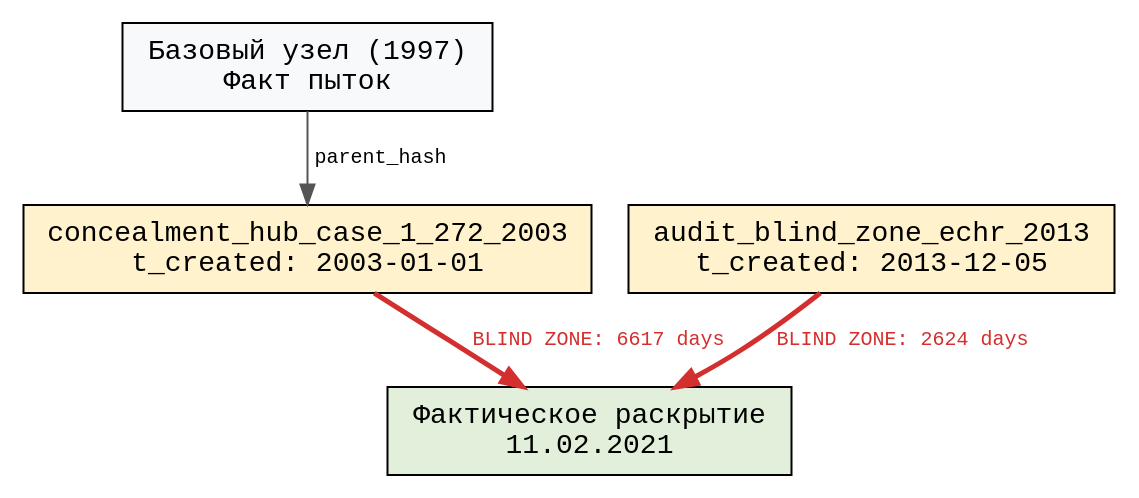
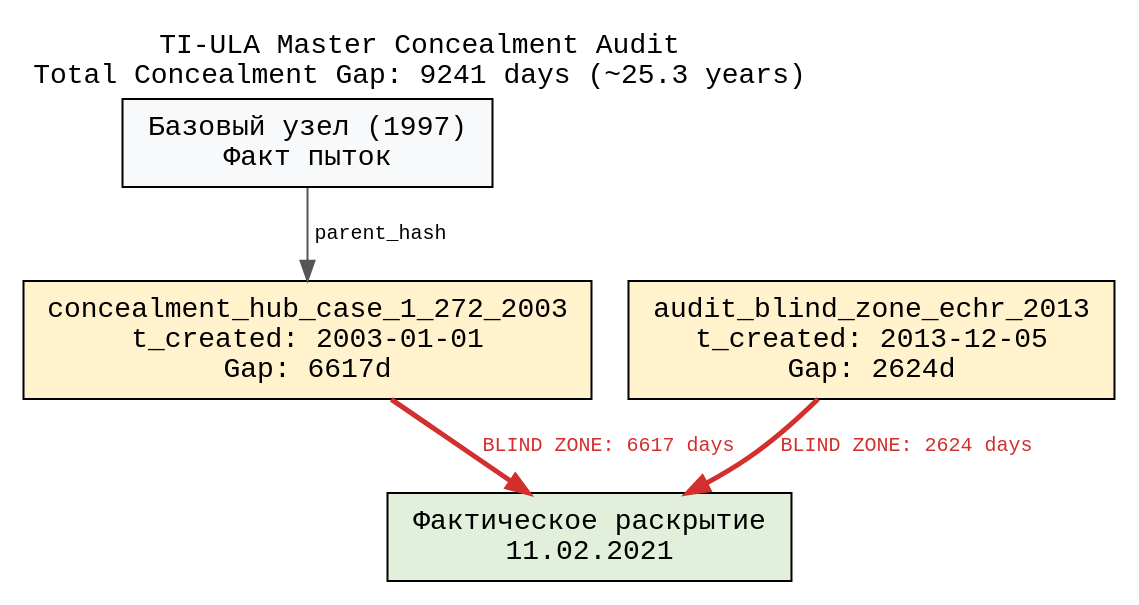
One commit to arhiv1973b/apostille-mirror changed the diagram in 🏛️_EVIDENCE/LEGAL_DOCTRINE/auto_generated_concealment.dot. Above: the diagram before and after it, drawn with Graphviz. The commit also changed 1 other file, not shown here.

Commit message:
JUS COGENS INVARIANT: ENHANCE BUILD_DAG.PY WITH CUMULATIVE CONCEALMENT GAP CALCULATION (9241 DAYS / 25.3 YEARS)

```diff
--- a/🏛️_EVIDENCE/LEGAL_DOCTRINE/auto_generated_concealment.dot
+++ b/🏛️_EVIDENCE/LEGAL_DOCTRINE/auto_generated_concealment.dot
@@ -1,15 +1,18 @@
 digraph TI_ULA_Concealment_AutoGenerated {
     rankdir=TB;
     fontname="Courier";
+    label="TI-ULA Master Concealment Audit\nTotal Concealment Gap: 9241 days (~25.3 years)";
+    labelloc=top;
+    labeljust=left;
     node [shape=box, style=filled, fillcolor="#f8f9fa", fontname="Courier", margin="0.2,0.1"];
     edge [fontname="Courier", fontsize=10];
 
     N_2021 [label="Фактическое раскрытие\n11.02.2021", fillcolor="#e2efda"];
-    concealment_hub_case_1_272_2003 [label="concealment_hub_case_1_272_2003\nt_created: 2003-01-01", fillcolor="#fff2cc"];
+    concealment_hub_case_1_272_2003 [label="concealment_hub_case_1_272_2003\nt_created: 2003-01-01\nGap: 6617d", fillcolor="#fff2cc"];
     N_1997 [label="Базовый узел (1997)\nФакт пыток", fillcolor="#f8f9fa"];
-    audit_blind_zone_echr_2013 [label="audit_blind_zone_echr_2013\nt_created: 2013-12-05", fillcolor="#fff2cc"];
+    audit_blind_zone_echr_2013 [label="audit_blind_zone_echr_2013\nt_created: 2013-12-05\nGap: 2624d", fillcolor="#fff2cc"];
 
+    N_1997 -> concealment_hub_case_1_272_2003 [color="#555555", label=" parent_hash"];
     concealment_hub_case_1_272_2003 -> N_2021 [color="#d32f2f", penwidth=2.5, label=" BLIND ZONE: 6617 days", fontcolor="#d32f2f"];
-    N_1997 -> concealment_hub_case_1_272_2003 [color="#555555", label=" parent_hash"];
     audit_blind_zone_echr_2013 -> N_2021 [color="#d32f2f", penwidth=2.5, label=" BLIND ZONE: 2624 days", fontcolor="#d32f2f"];
 }
```
